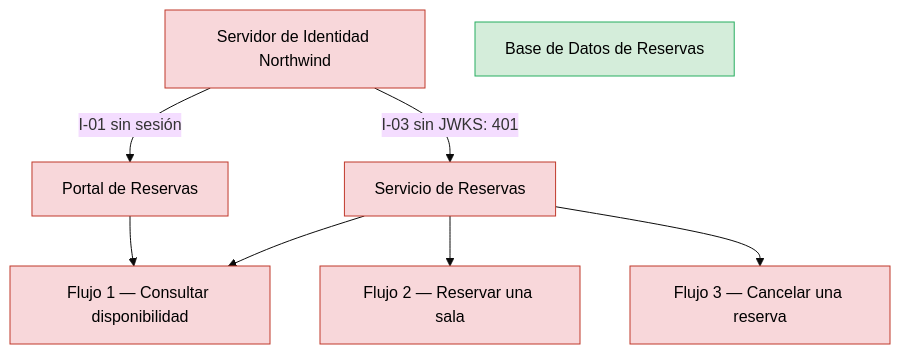
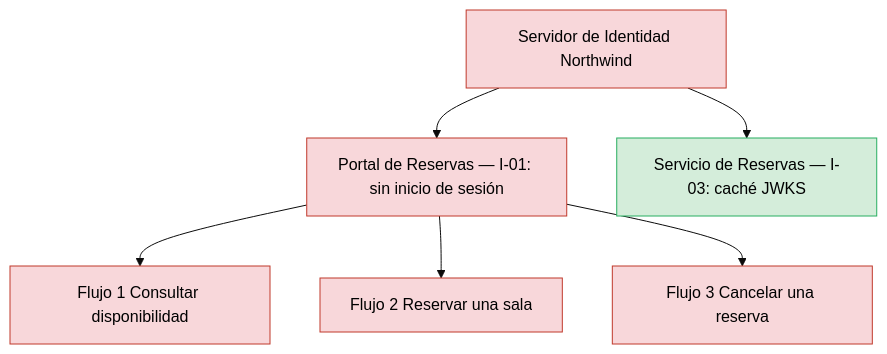
The first of 3 diagrams in analysis/BLAST-RADIUS-2026-11-03.md (shadowX4fox/northwind-reservas), drawn with Mermaid (base theme) before and after one commit. The commit also changed other lines of this file and 7 other files, not shown here.

````diff
--- a/analysis/BLAST-RADIUS-2026-11-03.md
+++ b/analysis/BLAST-RADIUS-2026-11-03.md
@@ -37,18 +39,16 @@
 ```mermaid
 flowchart TB
   IDP["Servidor de Identidad Northwind"]:::cascading
-  POR["Portal de Reservas"]:::cascading
-  SRV["Servicio de Reservas"]:::cascading
-  F1["Flujo 1 — Consultar disponibilidad"]:::cascading
-  F2["Flujo 2 — Reservar una sala"]:::cascading
-  F3["Flujo 3 — Cancelar una reserva"]:::cascading
-  BD["Base de Datos de Reservas"]:::contained
-  IDP -->|I-01 sin sesión| POR
-  IDP -->|I-03 sin JWKS: 401| SRV
-  POR --> F1
-  SRV --> F1
-  SRV --> F2
-  SRV --> F3
+  PORTAL["Portal de Reservas — I-01: sin inicio de sesión"]:::cascading
+  SVC["Servicio de Reservas — I-03: caché JWKS"]:::contained
+  F1["Flujo 1 Consultar disponibilidad"]:::cascading
+  F2["Flujo 2 Reservar una sala"]:::cascading
+  F3["Flujo 3 Cancelar una reserva"]:::cascading
+  IDP --> PORTAL
+  IDP --> SVC
+  PORTAL --> F1
+  PORTAL --> F2
+  PORTAL --> F3
   classDef cascading fill:#f8d7da,stroke:#c0392b,color:#000
   classDef contained fill:#d4edda,stroke:#27ae60,color:#000
 ```
````
